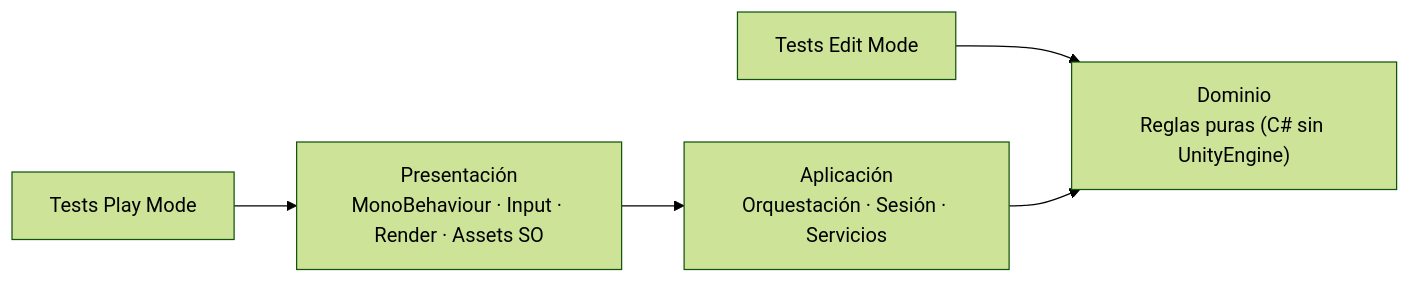
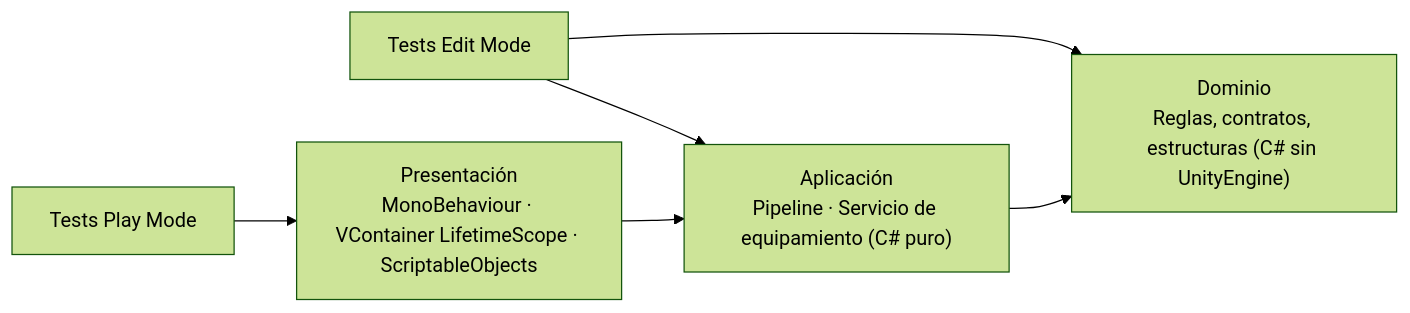
One commit to SenKetZu/HexPG changed the diagram in docs/01-arquitectura.md. Above: the diagram before and after it, drawn with Mermaid (forest theme). The commit also changed other lines of this file and 160 other files, not shown here.

````diff
--- a/docs/01-arquitectura.md
+++ b/docs/01-arquitectura.md
@@ -5,11 +9,12 @@
 ```mermaid
 flowchart LR
-    P["Presentación<br/>MonoBehaviour · Input · Render · Assets SO"]
-    A["Aplicación<br/>Orquestación · Sesión · Servicios"]
-    D["Dominio<br/>Reglas puras (C# sin UnityEngine)"]
+    P["Presentación<br/>MonoBehaviour · VContainer LifetimeScope · ScriptableObjects"]
+    A["Aplicación<br/>Pipeline · Servicio de equipamiento (C# puro)"]
+    D["Dominio<br/>Reglas, contratos, estructuras (C# sin UnityEngine)"]
     TE["Tests Edit Mode"] --> D
+    TE --> A
     TP["Tests Play Mode"] --> P
 
     P --> A
     A --> D
 ```
````
